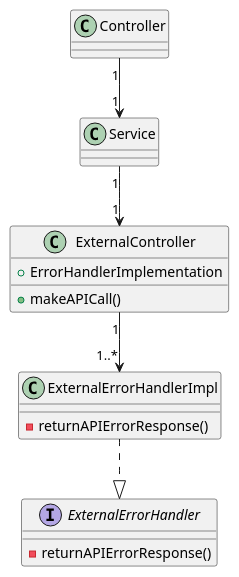
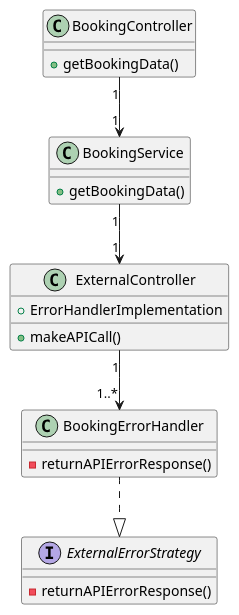
The diagram in software-guidebook/ontwerpvraag/lucas/Class Diagram.puml (AIM-ENE-feb25/triptop-groep-b1), drawn with PlantUML before and after one commit. The commit also changed 9 other files, not shown here.

Commit message:
changed diagram, added spring boot project

```diff
--- a/software-guidebook/ontwerpvraag/lucas/Class Diagram.puml
+++ b/software-guidebook/ontwerpvraag/lucas/Class Diagram.puml
@@ -1,30 +1,30 @@
 @startuml
-
-class Controller{
-
+'Booking is een voorbeeld in deze diagram; het kan een ander externe api zjn
+class BookingController{
+    + getBookingData()
 }
 
-class Service{
-
+class BookingService{
+ + getBookingData()
 }
 
 class ExternalController{
 + ErrorHandlerImplementation
 + makeAPICall()
 }
 
-interface ExternalErrorHandler{
+interface ExternalErrorStrategy{
 - returnAPIErrorResponse()
 }
 
-class ExternalErrorHandlerImpl{
+class BookingErrorHandler{
 - returnAPIErrorResponse()
 }
 
-Controller "1" --> "1" Service
-Service "1" --> "1" ExternalController
+BookingController "1" --> "1" BookingService
+BookingService "1" --> "1" ExternalController
 
-ExternalController "1" --> "1..*" ExternalErrorHandlerImpl
-ExternalErrorHandlerImpl ..|> ExternalErrorHandler
+ExternalController "1" --> "1..*" BookingErrorHandler
+BookingErrorHandler ..|> ExternalErrorStrategy
 
 @enduml
```
